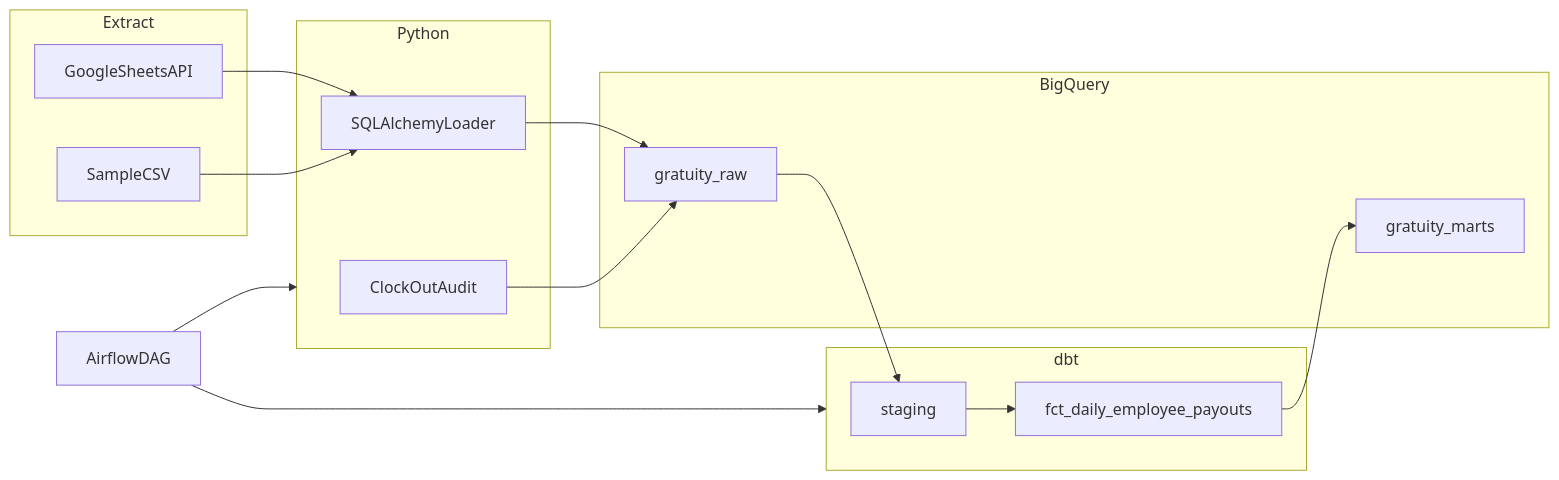
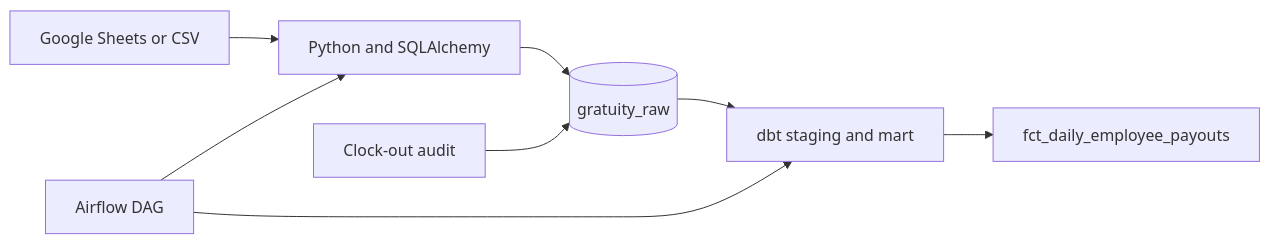
Before and after one commit to kristenpost/gratuity-etl: the diagram in README.md, drawn with Mermaid. The commit also changed other lines of this file, not shown here.

Commit message:
Fix Mermaid architecture diagram for GitHub rendering.
Simplify flowchart syntax and add a plain-text fallback when Mermaid fails to render.

````diff
--- a/README.md
+++ b/README.md
@@ -35,28 +35,10 @@
 ```mermaid
 flowchart LR
-  subgraph extract [Extract]
-    Sheets[GoogleSheetsAPI]
-    Sample[SampleCSV]
-  end
-  subgraph python [Python]
-    Audit[ClockOutAudit]
-    Loader[SQLAlchemyLoader]
-  end
-  subgraph bq [BigQuery]
-    Raw[gratuity_raw]
-    Marts[gratuity_marts]
-  end
-  subgraph transform [dbt]
-    Stg[staging]
-    Mart[fct_daily_employee_payouts]
-  end
-  Airflow[AirflowDAG]
-  Sheets --> Loader
-  Sample --> Loader
-  Loader --> Raw
-  Audit --> Raw
-  Airflow --> python
-  Airflow --> transform
-  Raw --> Stg --> Mart
-  Mart --> Marts
+  sources[Google Sheets or CSV] --> loader[Python and SQLAlchemy]
+  loader --> raw[(gratuity_raw)]
+  audit[Clock-out audit] --> raw
+  raw --> dbt[dbt staging and mart]
+  dbt --> mart[fct_daily_employee_payouts]
+  orchestrator[Airflow DAG] --> loader
+  orchestrator --> dbt
 ```
````
